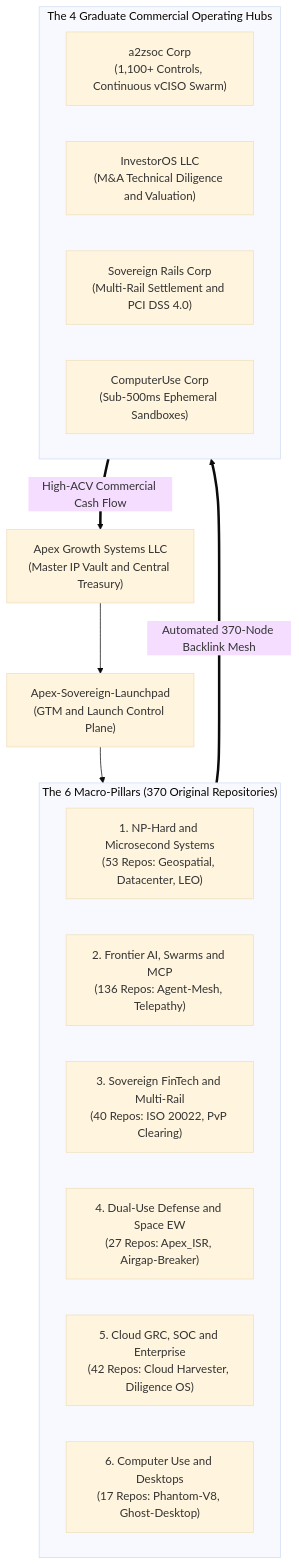
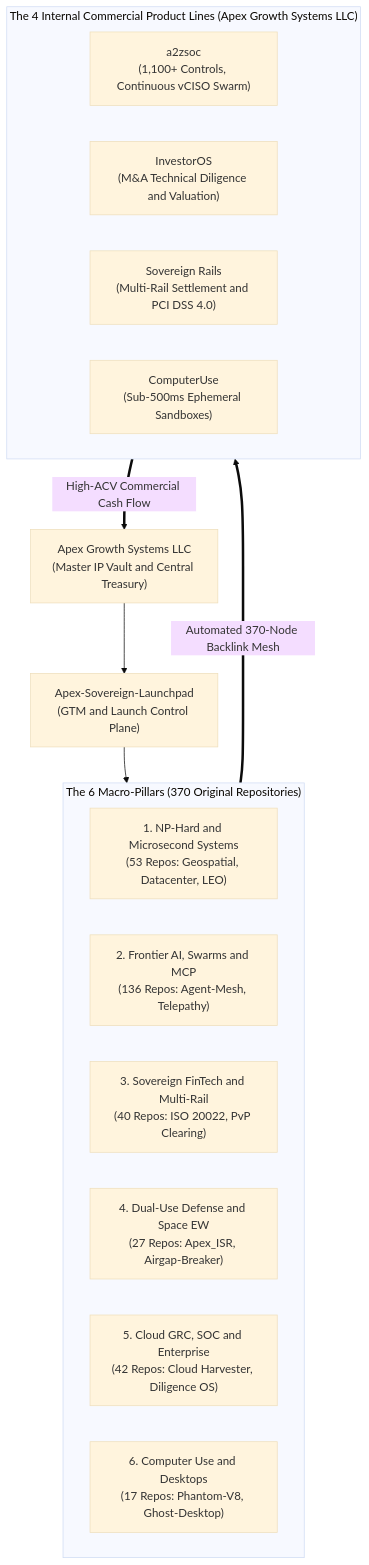
Before and after one commit to AAH20/apex-sovereign-launchpad: the first of 2 diagrams in README.md, drawn with Mermaid (base theme). The commit also changed other lines of this file and 6 other files, not shown here.

Commit message:
fix: align commercial product lines strictly under single legal entity Apex Growth Systems LLC

````diff
--- a/README.md
+++ b/README.md
@@ -23,25 +23,25 @@
 ```mermaid
 flowchart TD
     HoldCo["Apex Growth Systems LLC<br/>(Master IP Vault and Central Treasury)"] --> ControlPlane["Apex-Sovereign-Launchpad<br/>(GTM and Launch Control Plane)"]
 
     subgraph MacroPillars["The 6 Macro-Pillars (370 Original Repositories)"]
         P1["1. NP-Hard and Microsecond Systems<br/>(53 Repos: Geospatial, Datacenter, LEO)"]
         P2["2. Frontier AI, Swarms and MCP<br/>(136 Repos: Agent-Mesh, Telepathy)"]
         P3["3. Sovereign FinTech and Multi-Rail<br/>(40 Repos: ISO 20022, PvP Clearing)"]
         P4["4. Dual-Use Defense and Space EW<br/>(27 Repos: Apex_ISR, Airgap-Breaker)"]
         P5["5. Cloud GRC, SOC and Enterprise<br/>(42 Repos: Cloud Harvester, Diligence OS)"]
         P6["6. Computer Use and Desktops<br/>(17 Repos: Phantom-V8, Ghost-Desktop)"]
     end
 
     ControlPlane --> MacroPillars
 
-    subgraph CommercialHubs["The 4 Graduate Commercial Operating Hubs"]
-        HubA["a2zsoc Corp<br/>(1,100+ Controls, Continuous vCISO Swarm)"]
-        HubB["InvestorOS LLC<br/>(M&A Technical Diligence and Valuation)"]
-        HubC["Sovereign Rails Corp<br/>(Multi-Rail Settlement and PCI DSS 4.0)"]
-        HubD["ComputerUse Corp<br/>(Sub-500ms Ephemeral Sandboxes)"]
+    subgraph CommercialHubs["The 4 Internal Commercial Product Lines (Apex Growth Systems LLC)"]
+        HubA["a2zsoc<br/>(1,100+ Controls, Continuous vCISO Swarm)"]
+        HubB["InvestorOS<br/>(M&A Technical Diligence and Valuation)"]
+        HubC["Sovereign Rails<br/>(Multi-Rail Settlement and PCI DSS 4.0)"]
+        HubD["ComputerUse<br/>(Sub-500ms Ephemeral Sandboxes)"]
     end
 
     MacroPillars ==>|"Automated 370-Node Backlink Mesh"| CommercialHubs
     CommercialHubs ==>|"High-ACV Commercial Cash Flow"| HoldCo
 ```
````
